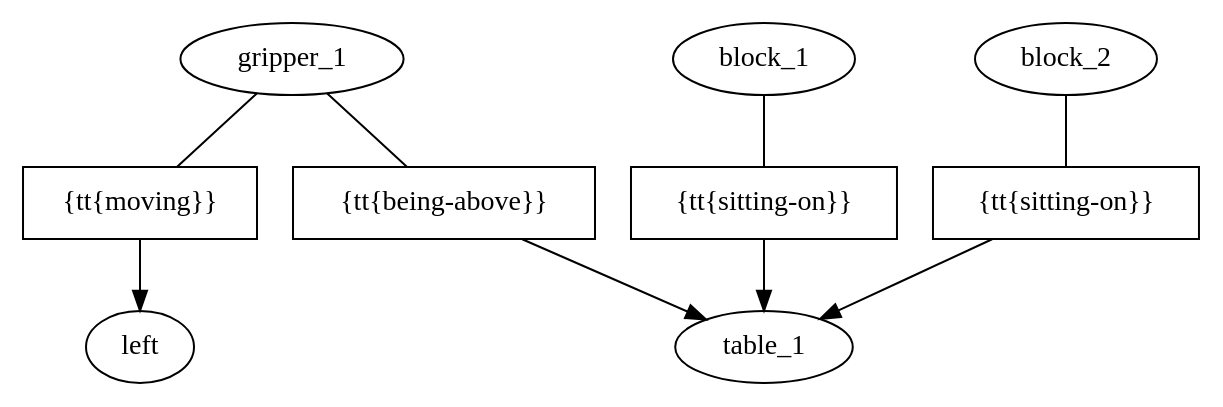
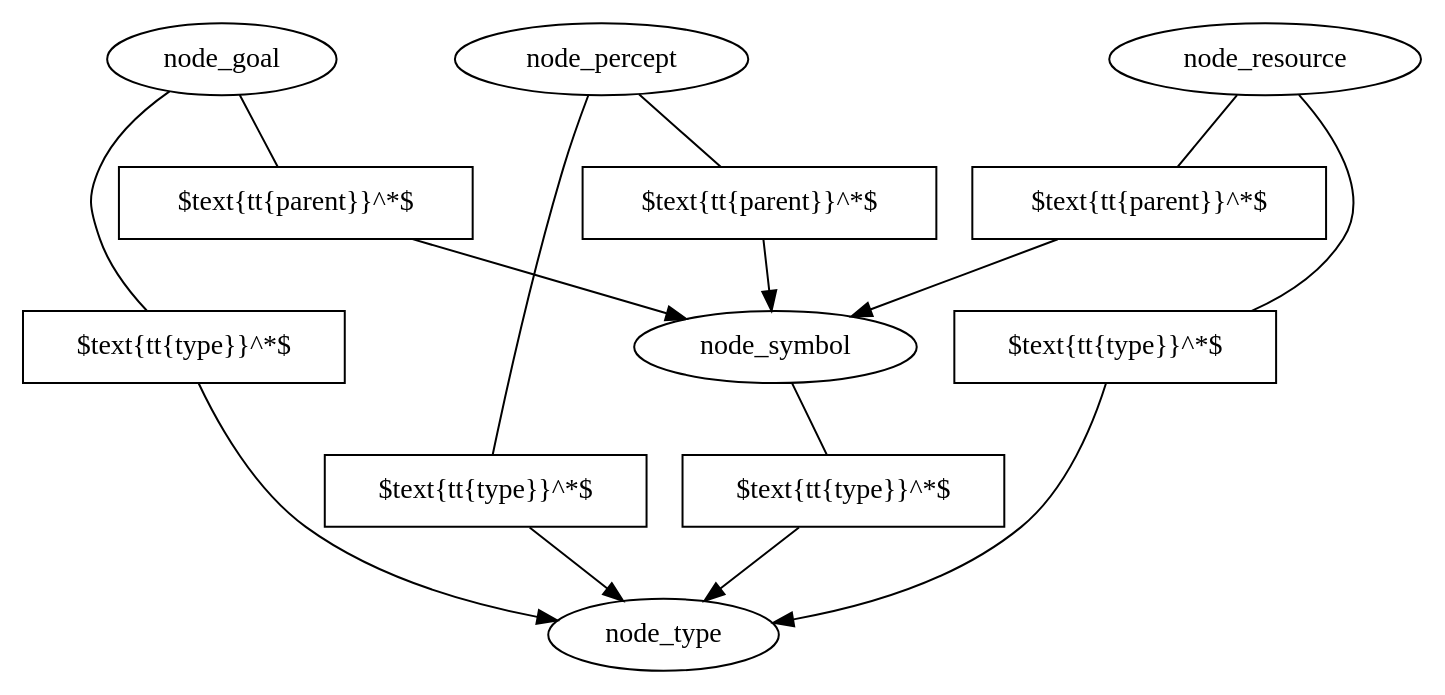
Before and after one commit to bunuelo/funk2: the diagram in documentation/phdthesis/gfx/basic_frame_object_types.dot, drawn with Graphviz. The commit also changed 5 other files, not shown here.

```diff
--- a/documentation/phdthesis/gfx/basic_frame_object_types.dot
+++ b/documentation/phdthesis/gfx/basic_frame_object_types.dot
@@ -1,28 +1,41 @@
 digraph G {
   
   node [fillcolor = white, color = "#000000", style = filled];
   edge [color = "#000000"];
   
-  gripper_1 [texlbl = "{\tt{Gripper-1}}"];
-  block_1   [texlbl = "{\tt{Block-1}}"];
-  block_2   [texlbl = "{\tt{Block-2}}"];
-  table_1   [texlbl = "{\tt{Table-1}}"];
-  left      [texlbl = "{\tt{left}}"];
+  node_type     [texlbl = "$\text{\tt{type}}^*$"];
+  node_symbol   [texlbl = "$\text{\tt{symbol}}^*$"];
+  node_goal     [texlbl = "$\text{\tt{goal}}^*$"];
+  node_percept  [texlbl = "$\text{\tt{percept}}^*$"];
+  node_resource [texlbl = "$\text{\tt{resource}}^*$"];
   
-  gripper_1_being_above_table_1 [shape=box,style=filled,label="{\tt{being-above}}"];
-  gripper_1 -> gripper_1_being_above_table_1 [arrowhead=none];
-  gripper_1_being_above_table_1 -> table_1;
+  node_symbol_type_node_type [shape=box,style=filled,label="$\text{\tt{type}}^*$"];
+  node_symbol -> node_symbol_type_node_type [arrowhead=none];
+  node_symbol_type_node_type -> node_type;
   
-  gripper_1_moving_left [shape=box,style=filled,label="{\tt{moving}}"];
-  gripper_1 -> gripper_1_moving_left [arrowhead=none];
-  gripper_1_moving_left -> left;
+  node_goal_type_node_type [shape=box,style=filled,label="$\text{\tt{type}}^*$"];
+  node_goal -> node_goal_type_node_type [arrowhead=none];
+  node_goal_type_node_type -> node_type;
   
-  block_1_sitting_on_table_1 [shape=box,style=filled,label="{\tt{sitting-on}}"];
-  block_1 -> block_1_sitting_on_table_1 [arrowhead=none];
-  block_1_sitting_on_table_1 -> table_1;
+  node_goal_parent_node_symbol [shape=box,style=filled,label="$\text{\tt{parent}}^*$"];
+  node_goal -> node_goal_parent_node_symbol [arrowhead=none];
+  node_goal_parent_node_symbol -> node_symbol;
   
-  block_2_sitting_on_table_1 [shape=box,style=filled,label="{\tt{sitting-on}}"];
-  block_2 -> block_2_sitting_on_table_1 [arrowhead=none];
-  block_2_sitting_on_table_1 -> table_1;
+  node_percept_type_node_type [shape=box,style=filled,label="$\text{\tt{type}}^*$"];
+  node_percept -> node_percept_type_node_type [arrowhead=none];
+  node_percept_type_node_type -> node_type;
+  
+  node_percept_parent_node_symbol [shape=box,style=filled,label="$\text{\tt{parent}}^*$"];
+  node_percept -> node_percept_parent_node_symbol [arrowhead=none];
+  node_percept_parent_node_symbol -> node_symbol;
+  
+  node_resource_type_node_type [shape=box,style=filled,label="$\text{\tt{type}}^*$"];
+  node_resource -> node_resource_type_node_type [arrowhead=none];
+  node_resource_type_node_type -> node_type;
+  
+  node_resource_parent_node_symbol [shape=box,style=filled,label="$\text{\tt{parent}}^*$"];
+  node_resource -> node_resource_parent_node_symbol [arrowhead=none];
+  node_resource_parent_node_symbol -> node_symbol;
+  
   
 }
```
